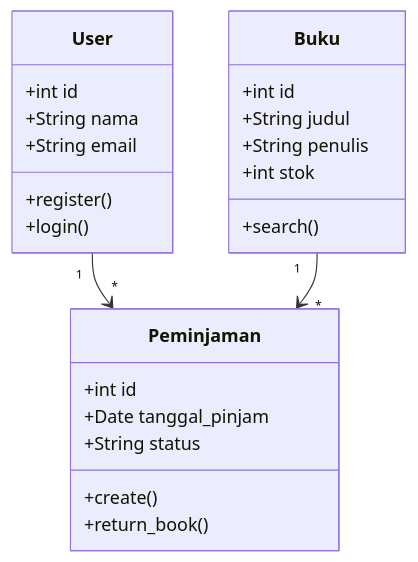
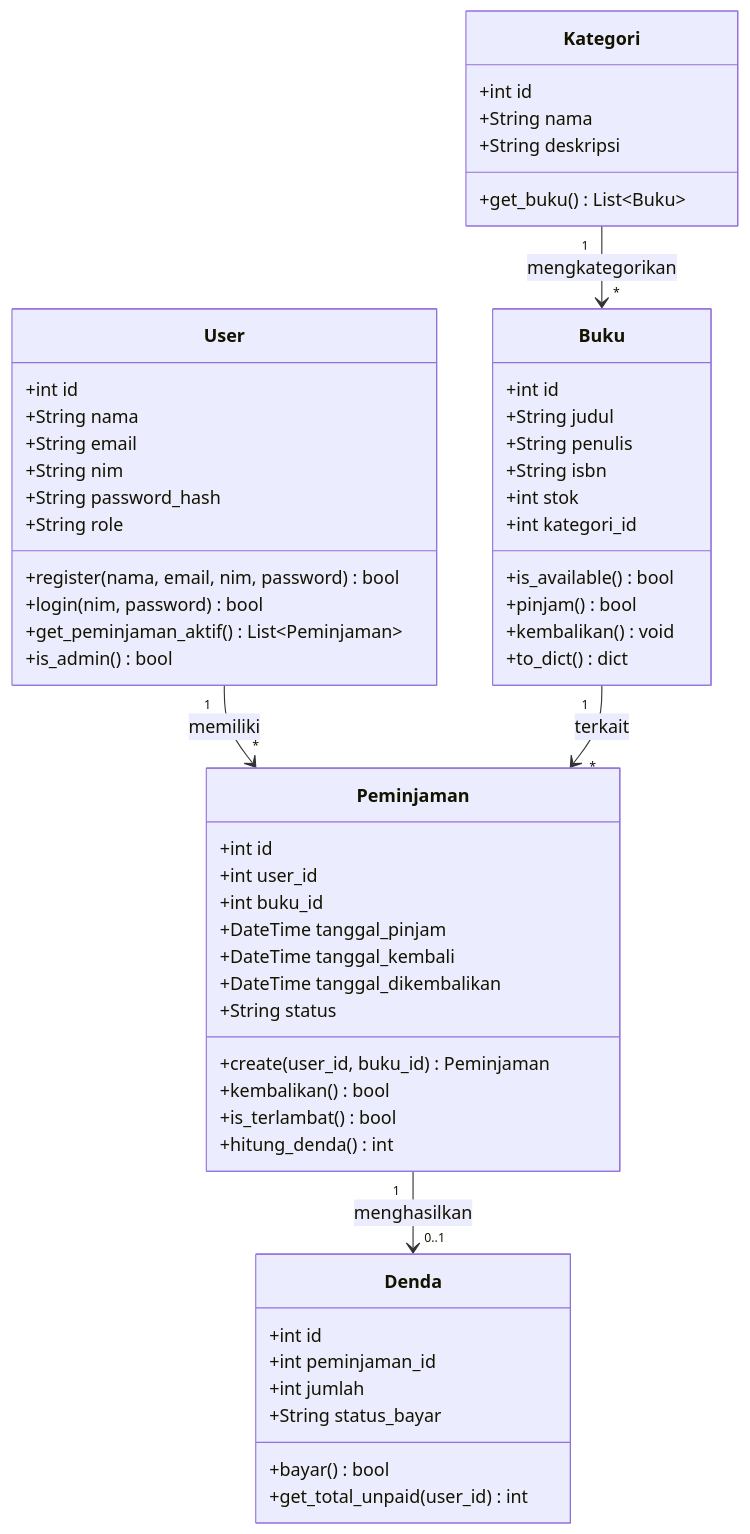
One commit to triajinugroho/research-ai-agentic changed the first of 4 diagrams in mata-kuliah/rekayasa-perangkat-lunak/04-labs/lab-06-uml-modeling-dan-database-design.md. Above: the diagram before and after it, drawn with Mermaid. The commit also changed other lines of this file and 70 other files, not shown here.

````diff
--- a/mata-kuliah/rekayasa-perangkat-lunak/04-labs/lab-06-uml-modeling-dan-database-design.md
+++ b/mata-kuliah/rekayasa-perangkat-lunak/04-labs/lab-06-uml-modeling-dan-database-design.md
@@ -24,26 +133,63 @@
 ```mermaid
 classDiagram
     class User {
         +int id
         +String nama
         +String email
-        +register()
-        +login()
+        +String nim
+        +String password_hash
+        +String role
+        +register(nama, email, nim, password) bool
+        +login(nim, password) bool
+        +get_peminjaman_aktif() List~Peminjaman~
+        +is_admin() bool
     }
+
     class Buku {
         +int id
         +String judul
         +String penulis
+        +String isbn
         +int stok
-        +search()
+        +int kategori_id
+        +is_available() bool
+        +pinjam() bool
+        +kembalikan() void
+        +to_dict() dict
     }
+
+    class Kategori {
+        +int id
+        +String nama
+        +String deskripsi
+        +get_buku() List~Buku~
+    }
+
     class Peminjaman {
         +int id
-        +Date tanggal_pinjam
+        +int user_id
+        +int buku_id
+        +DateTime tanggal_pinjam
+        +DateTime tanggal_kembali
+        +DateTime tanggal_dikembalikan
         +String status
-        +create()
-        +return_book()
+        +create(user_id, buku_id) Peminjaman
+        +kembalikan() bool
+        +is_terlambat() bool
+        +hitung_denda() int
     }
-    User "1" --> "*" Peminjaman
-    Buku "1" --> "*" Peminjaman
+
+    class Denda {
+        +int id
+        +int peminjaman_id
+        +int jumlah
+        +String status_bayar
+        +bayar() bool
+        +get_total_unpaid(user_id) int
+    }
+
+    User "1" --> "*" Peminjaman : memiliki
+    Buku "1" --> "*" Peminjaman : terkait
+    Kategori "1" --> "*" Buku : mengkategorikan
+    Peminjaman "1" --> "0..1" Denda : menghasilkan
 ```
````
